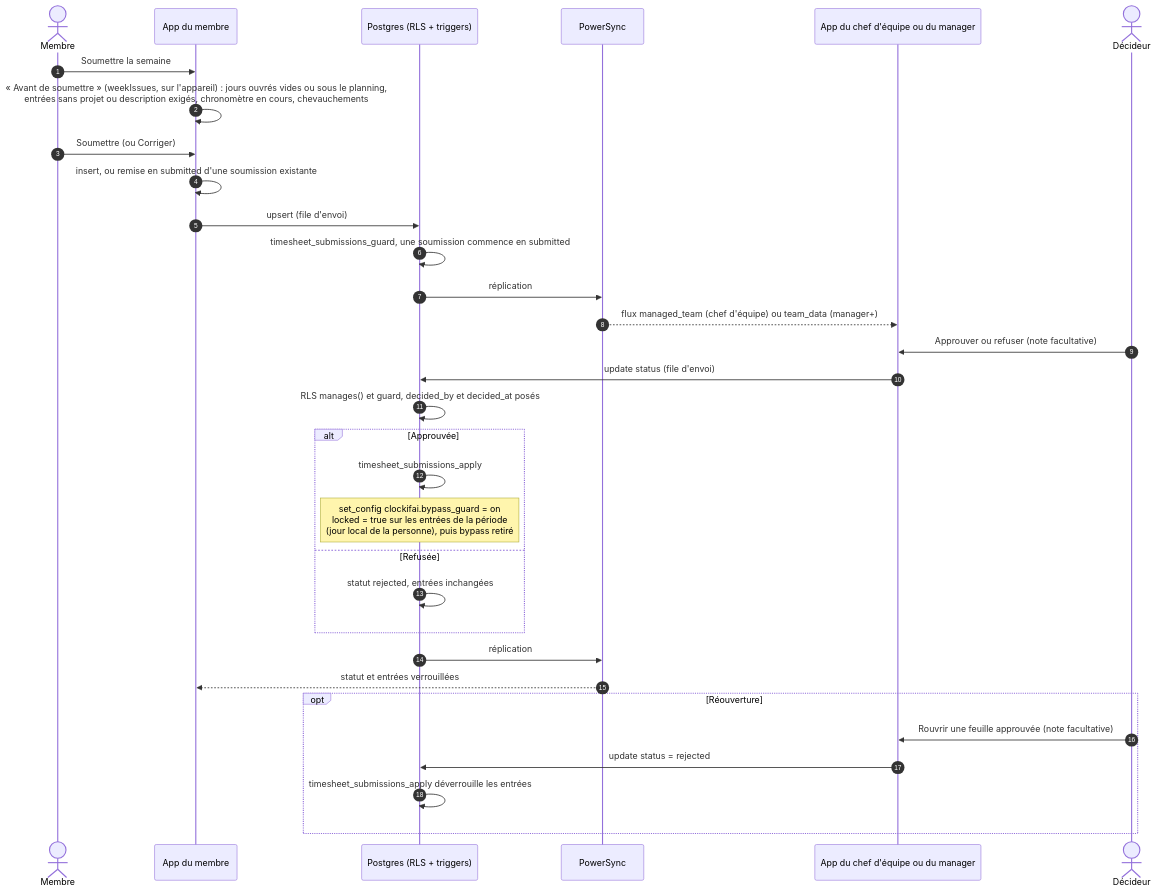
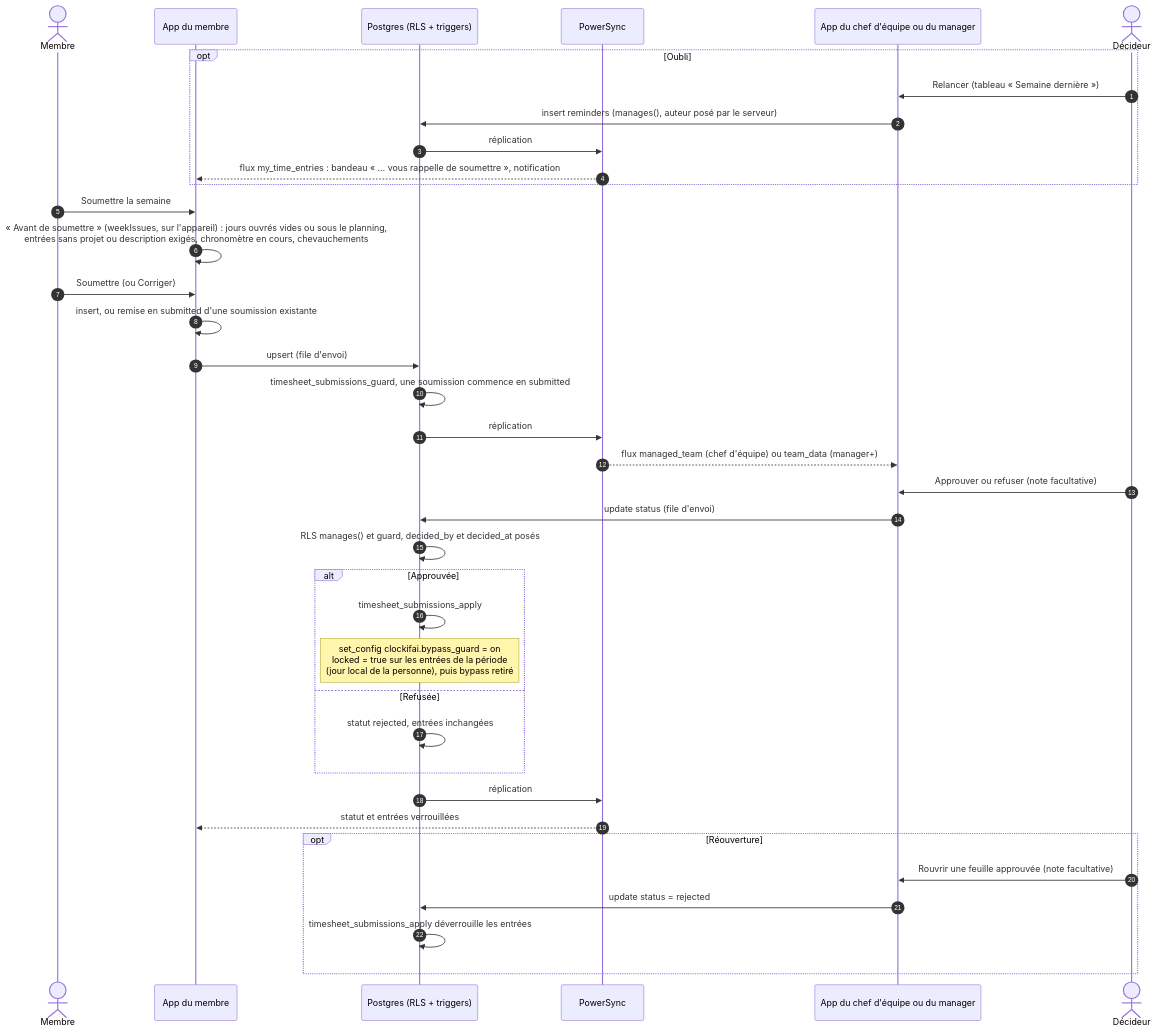
Before and after one commit to ysimonx/Clockifai: the diagram in docs/api/sequences/feuille-de-temps.md, drawn with Mermaid. The commit also changed 25 other files, not shown here.

First line of the commit message:
Plan 13, lot 8 : équipe, semaine dernière, relances, écart au planning

````diff
--- a/docs/api/sequences/feuille-de-temps.md
+++ b/docs/api/sequences/feuille-de-temps.md
@@ -7,35 +7,41 @@
 ```mermaid
 sequenceDiagram
     autonumber
     actor M as Membre
     participant A as App du membre
     participant PG as Postgres (RLS + triggers)
     participant PS as PowerSync
     participant C as App du chef d'équipe ou du manager
     actor D as Décideur
 
+    opt Oubli
+        D->>C: Relancer (tableau « Semaine dernière »)
+        C->>PG: insert reminders (manages(), auteur posé par le serveur)
+        PG->>PS: réplication
+        PS-->>A: flux my_time_entries : bandeau « … vous rappelle de soumettre », notification
+    end
     M->>A: Soumettre la semaine
     A->>A: « Avant de soumettre » (weekIssues, sur l'appareil) : jours ouvrés vides ou sous le planning,<br/>entrées sans projet ou description exigés, chronomètre en cours, chevauchements
     M->>A: Soumettre (ou Corriger)
     A->>A: insert, ou remise en submitted d'une soumission existante
     A->>PG: upsert (file d'envoi)
     PG->>PG: timesheet_submissions_guard, une soumission commence en submitted
     PG->>PS: réplication
     PS-->>C: flux managed_team (chef d'équipe) ou team_data (manager+)
     D->>C: Approuver ou refuser (note facultative)
     C->>PG: update status (file d'envoi)
     PG->>PG: RLS manages() et guard, decided_by et decided_at posés
     alt Approuvée
         PG->>PG: timesheet_submissions_apply
         Note over PG: set_config clockifai.bypass_guard = on<br/>locked = true sur les entrées de la période<br/>(jour local de la personne), puis bypass retiré
     else Refusée
         PG->>PG: statut rejected, entrées inchangées
     end
     PG->>PS: réplication
     PS-->>A: statut et entrées verrouillées
     opt Réouverture
         D->>C: Rouvrir une feuille approuvée (note facultative)
         C->>PG: update status = rejected
         PG->>PG: timesheet_submissions_apply déverrouille les entrées
     end
 ```
````
